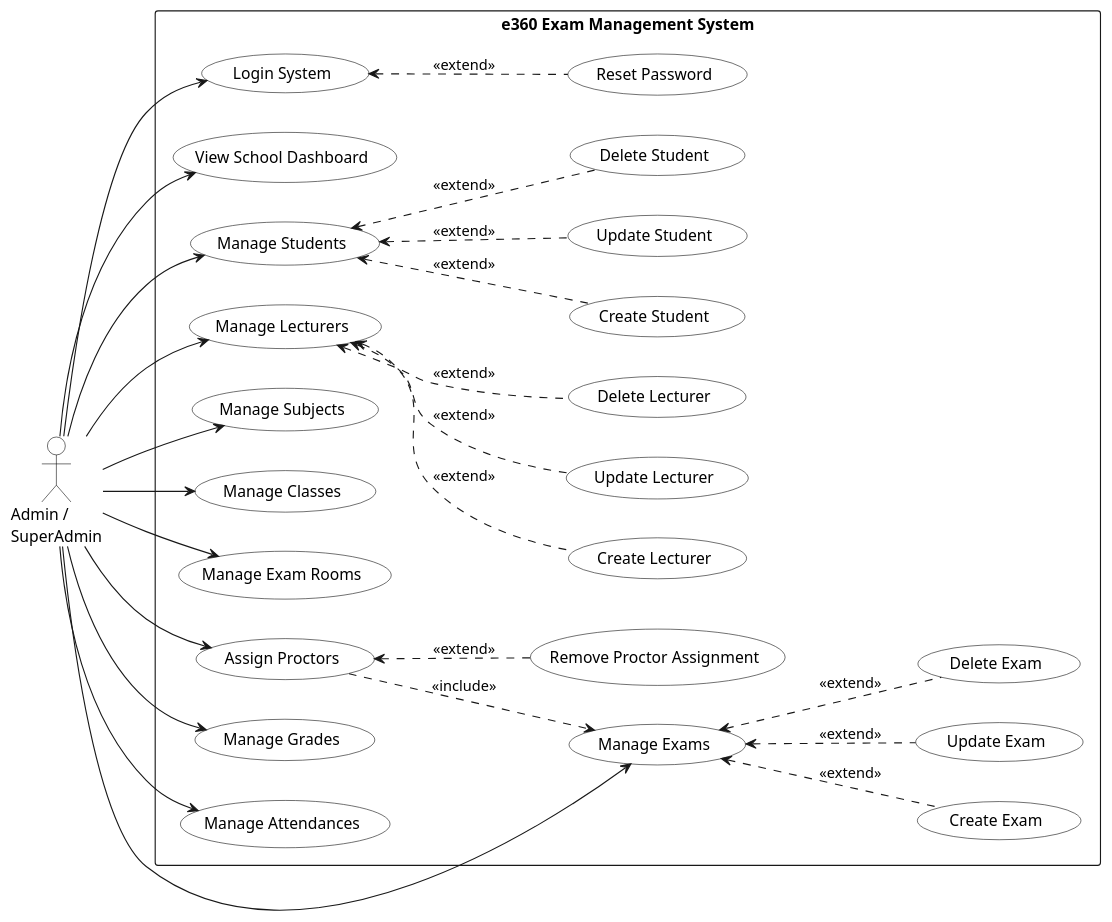
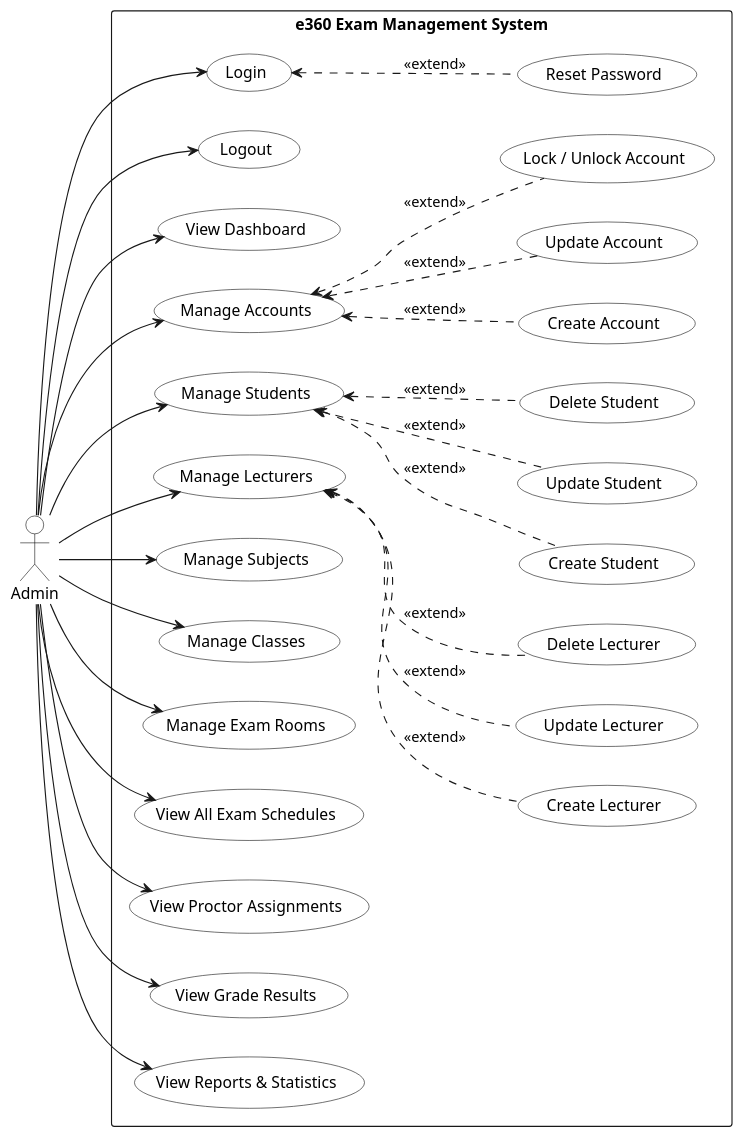
One commit to nguyenluongk2k4/prj-prn232 changed the diagram in docs/use_cases/uc_admin.puml. Above: the diagram before and after it, drawn with PlantUML. The commit also changed 3 other files, not shown here.

```diff
--- a/docs/use_cases/uc_admin.puml
+++ b/docs/use_cases/uc_admin.puml
@@ -1,77 +1,78 @@
 @startuml
 ' 2.2.1 UCs for Admin / SuperAdmin
 left to right direction
 skinparam packageStyle rectangle
 skinparam usecase {
     BackgroundColor White
     BorderColor Black
 }
 skinparam actor {
     BackgroundColor White
     BorderColor Black
 }
 
-actor "Admin /\nSuperAdmin" as admin
+actor "Admin" as admin
 
 rectangle "e360 Exam Management System" {
-    usecase "Login System" as UC_LOGIN
+
+    usecase "Login" as UC_LOGIN
     usecase "Reset Password" as UC_RESET
+    usecase "Logout" as UC_LOGOUT
 
-    usecase "View School Dashboard" as UC_DASHBOARD
+    usecase "View Dashboard" as UC_DASHBOARD
+
+    usecase "Manage Accounts" as UC_ACCOUNTS
+    usecase "Create Account" as UC_CREATE_ACC
+    usecase "Update Account" as UC_UPDATE_ACC
+    usecase "Lock / Unlock Account" as UC_LOCK_ACC
 
     usecase "Manage Students" as UC_STUDENTS
     usecase "Create Student" as UC_CREATE_STU
     usecase "Update Student" as UC_UPDATE_STU
     usecase "Delete Student" as UC_DELETE_STU
 
     usecase "Manage Lecturers" as UC_LECTURERS
     usecase "Create Lecturer" as UC_CREATE_LEC
     usecase "Update Lecturer" as UC_UPDATE_LEC
     usecase "Delete Lecturer" as UC_DELETE_LEC
 
     usecase "Manage Subjects" as UC_SUBJECTS
     usecase "Manage Classes" as UC_CLASSES
     usecase "Manage Exam Rooms" as UC_ROOMS
 
-    usecase "Manage Exams" as UC_EXAMS
-    usecase "Create Exam" as UC_CREATE_EXAM
-    usecase "Update Exam" as UC_UPDATE_EXAM
-    usecase "Delete Exam" as UC_DELETE_EXAM
+    usecase "View All Exam Schedules" as UC_EXAMS
+    usecase "View Proctor Assignments" as UC_PROCTOR
+    usecase "View Grade Results" as UC_GRADES
 
-    usecase "Assign Proctors" as UC_PROCTOR
-    usecase "Remove Proctor Assignment" as UC_DEL_PROCTOR
-
-    usecase "Manage Grades" as UC_GRADES
-    usecase "Manage Attendances" as UC_ATTEND
+    usecase "View Reports & Statistics" as UC_REPORTS
 }
 
 admin --> UC_LOGIN
+admin --> UC_LOGOUT
 admin --> UC_DASHBOARD
+admin --> UC_ACCOUNTS
 admin --> UC_STUDENTS
 admin --> UC_LECTURERS
 admin --> UC_SUBJECTS
 admin --> UC_CLASSES
 admin --> UC_ROOMS
 admin --> UC_EXAMS
 admin --> UC_PROCTOR
 admin --> UC_GRADES
-admin --> UC_ATTEND
+admin --> UC_REPORTS
 
 UC_LOGIN <.. UC_RESET : <<extend>>
+
+UC_ACCOUNTS <.. UC_CREATE_ACC : <<extend>>
+UC_ACCOUNTS <.. UC_UPDATE_ACC : <<extend>>
+UC_ACCOUNTS <.. UC_LOCK_ACC : <<extend>>
 
 UC_STUDENTS <.. UC_CREATE_STU : <<extend>>
 UC_STUDENTS <.. UC_UPDATE_STU : <<extend>>
 UC_STUDENTS <.. UC_DELETE_STU : <<extend>>
 
 UC_LECTURERS <.. UC_CREATE_LEC : <<extend>>
 UC_LECTURERS <.. UC_UPDATE_LEC : <<extend>>
 UC_LECTURERS <.. UC_DELETE_LEC : <<extend>>
 
-UC_EXAMS <.. UC_CREATE_EXAM : <<extend>>
-UC_EXAMS <.. UC_UPDATE_EXAM : <<extend>>
-UC_EXAMS <.. UC_DELETE_EXAM : <<extend>>
-
-UC_PROCTOR <.. UC_DEL_PROCTOR : <<extend>>
-UC_PROCTOR ..> UC_EXAMS : <<include>>
-
 @enduml
```
